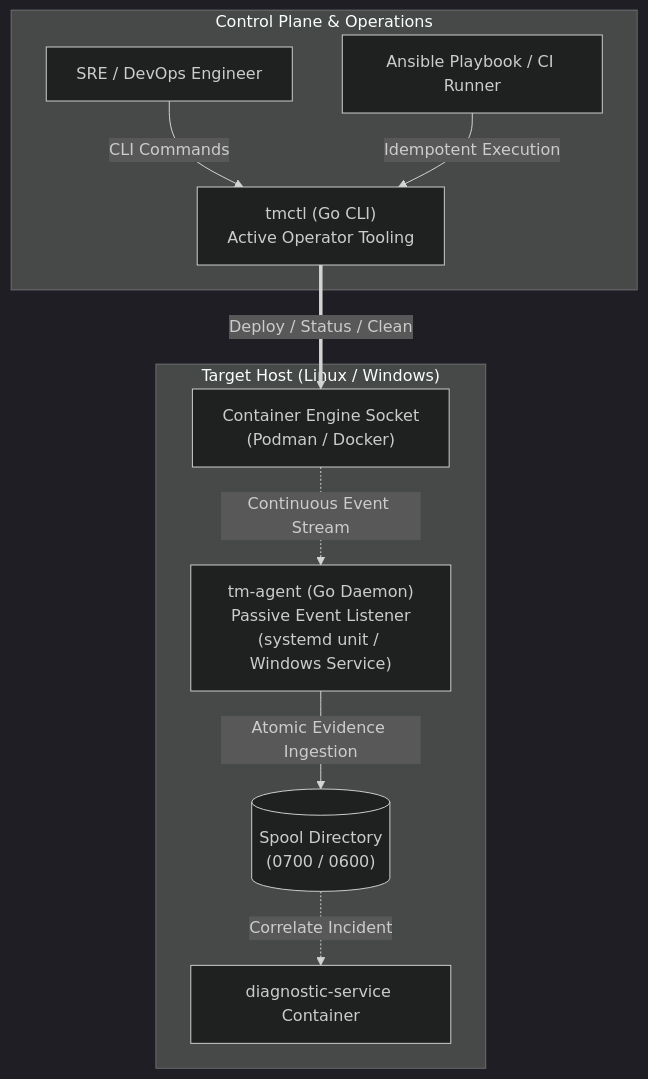
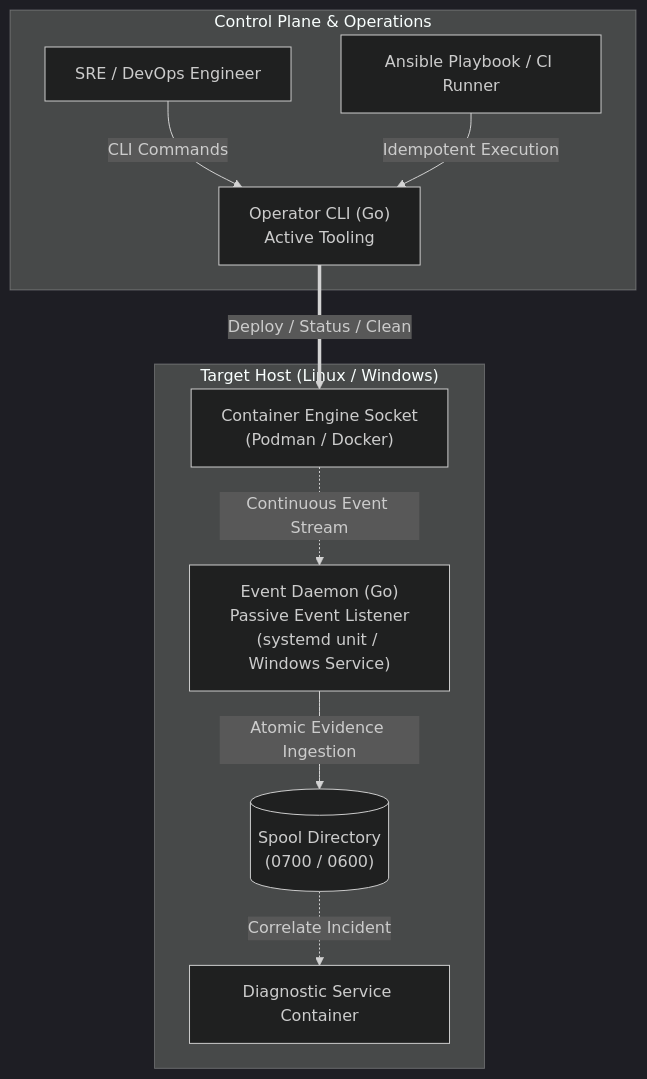
One commit to edkas07-oss/personal-site changed the fourth of 4 diagrams in content/articles/forensik-kontainer-real-time-golang-socket-engine-spool.md. Above: the diagram before and after it, drawn with Mermaid (dark theme). The commit also changed other lines of this file and 42 other files, not shown here.

```diff
--- a/content/articles/forensik-kontainer-real-time-golang-socket-engine-spool.md
+++ b/content/articles/forensik-kontainer-real-time-golang-socket-engine-spool.md
@@ -403,23 +402,23 @@
 {{< mermaid >}}
 flowchart TD
     subgraph CONTROL["Control Plane & Operations"]
         SRE["SRE / DevOps Engineer"]
         ANSIBLE["Ansible Playbook / CI Runner"]
-        TMCTL["tmctl (Go CLI)<br/>Active Operator Tooling"]
+        OPERATOR_CLI["Operator CLI (Go)<br/>Active Tooling"]
 
-        SRE -->|CLI Commands| TMCTL
-        ANSIBLE -->|Idempotent Execution| TMCTL
+        SRE -->|CLI Commands| OPERATOR_CLI
+        ANSIBLE -->|Idempotent Execution| OPERATOR_CLI
     end
 
     subgraph RUNTIME_HOST["Target Host (Linux / Windows)"]
-        TMAGENT["tm-agent (Go Daemon)<br/>Passive Event Listener<br/>(systemd unit / Windows Service)"]
+        EVENT_DAEMON["Event Daemon (Go)<br/>Passive Event Listener<br/>(systemd unit / Windows Service)"]
         ENGINE["Container Engine Socket<br/>(Podman / Docker)"]
         SPOOL[("Spool Directory<br/>(0700 / 0600)")]
-        DS["diagnostic-service Container"]
+        DS["Diagnostic Service Container"]
 
-        TMCTL ==>|Deploy / Status / Clean| ENGINE
-        ENGINE -.->|Continuous Event Stream| TMAGENT
-        TMAGENT -->|Atomic Evidence Ingestion| SPOOL
+        OPERATOR_CLI ==>|Deploy / Status / Clean| ENGINE
+        ENGINE -.->|Continuous Event Stream| EVENT_DAEMON
+        EVENT_DAEMON -->|Atomic Evidence Ingestion| SPOOL
         SPOOL -.->|Correlate Incident| DS
     end
 {{< /mermaid >}}
```
